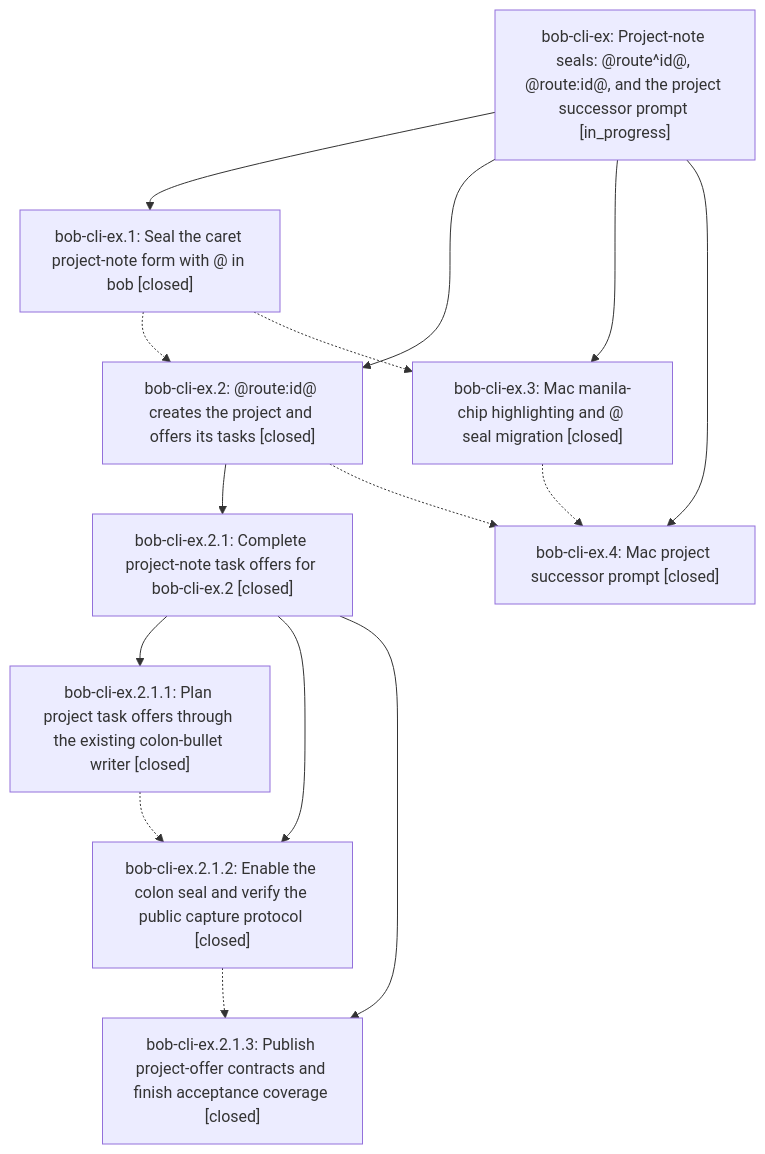
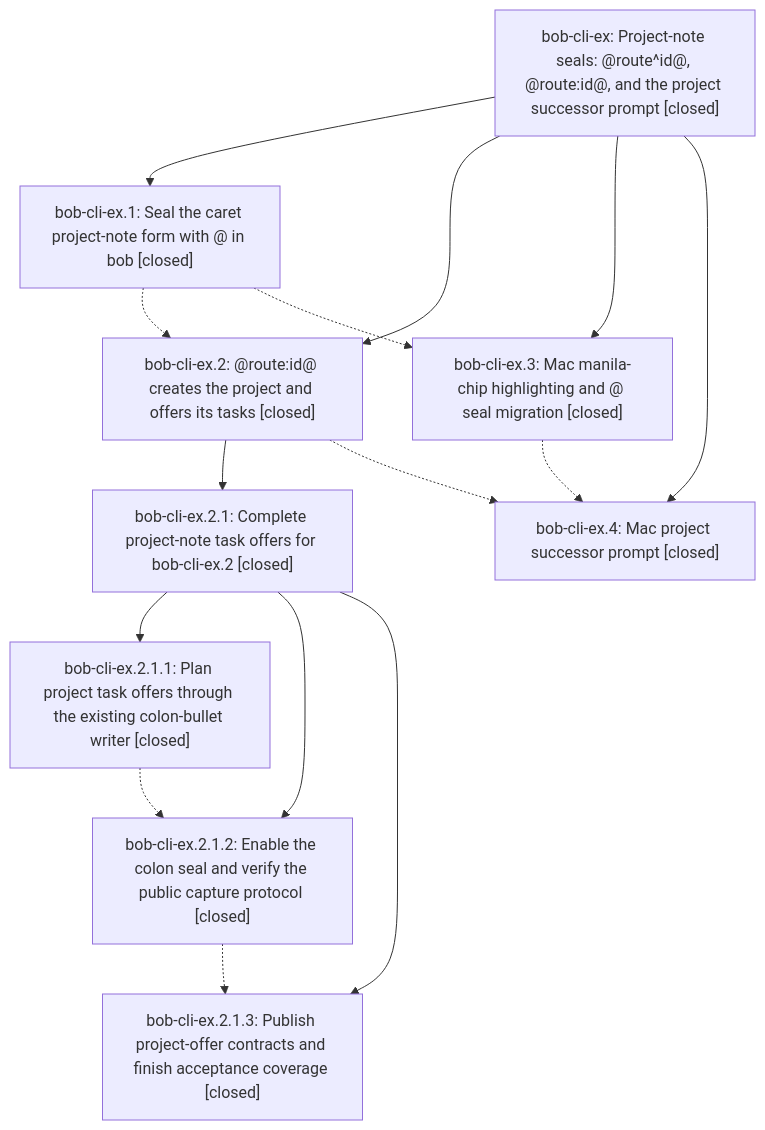
The diagram in pages/bob-cli-ex/README.md (bobs-org/bob-cli--beads), drawn with Mermaid before and after one commit. The commit also changed other lines of this file and 1 other file, not shown here.

First line of the commit message:
chore(beads): sync bead state and pages for bob-cli-ex

````diff
--- a/pages/bob-cli-ex/README.md
+++ b/pages/bob-cli-ex/README.md
@@ -37,26 +64,26 @@
 ```mermaid
 flowchart TD
-    n0["bob-cli-ex: Project-note seals: @route^id@, @route:id@, and the project successor prompt [in_progress]"]
+    n0["bob-cli-ex: Project-note seals: @route^id@, @route:id@, and the project successor prompt [closed]"]
     n1["bob-cli-ex.1: Seal the caret project-note form with @ in bob [closed]"]
     n2["bob-cli-ex.2: @route:id@ creates the project and offers its tasks [closed]"]
     n3["bob-cli-ex.2.1: Complete project-note task offers for bob-cli-ex.2 [closed]"]
     n4["bob-cli-ex.2.1.1: Plan project task offers through the existing colon-bullet writer [closed]"]
     n5["bob-cli-ex.2.1.2: Enable the colon seal and verify the public capture protocol [closed]"]
     n6["bob-cli-ex.2.1.3: Publish project-offer contracts and finish acceptance coverage [closed]"]
     n7["bob-cli-ex.3: Mac manila-chip highlighting and @ seal migration [closed]"]
     n8["bob-cli-ex.4: Mac project successor prompt [closed]"]
     n0 --> n1
     n0 --> n2
     n2 --> n3
     n3 --> n4
     n3 --> n5
     n3 --> n6
     n0 --> n7
     n0 --> n8
     n1 -.-> n2
     n1 -.-> n7
     n2 -.-> n8
     n4 -.-> n5
     n5 -.-> n6
     n7 -.-> n8
 ```
````
